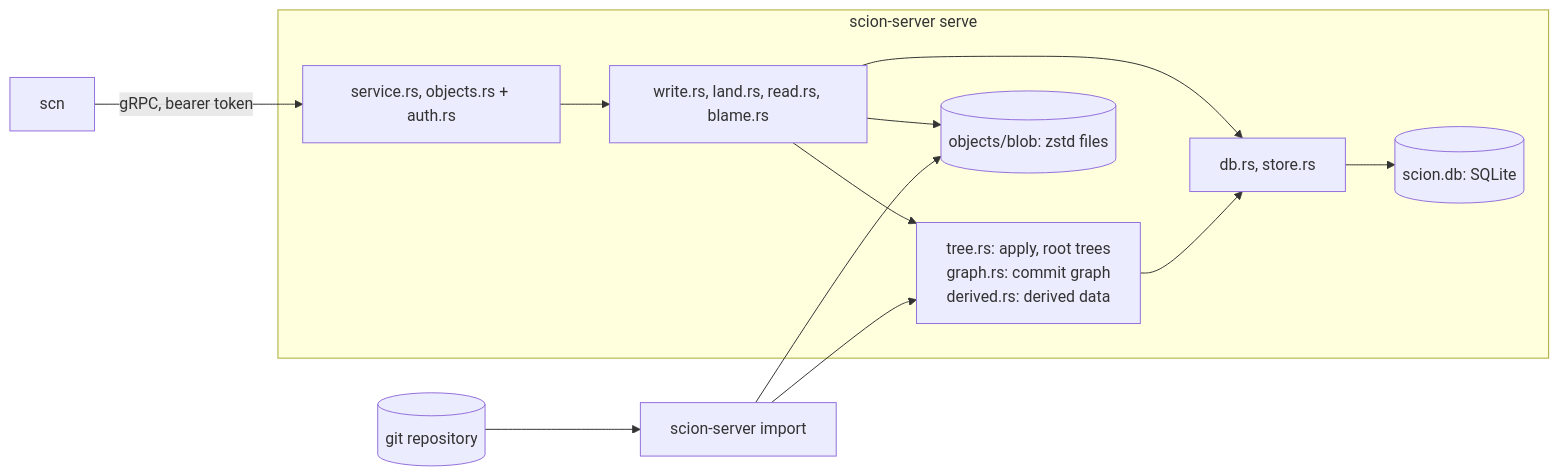
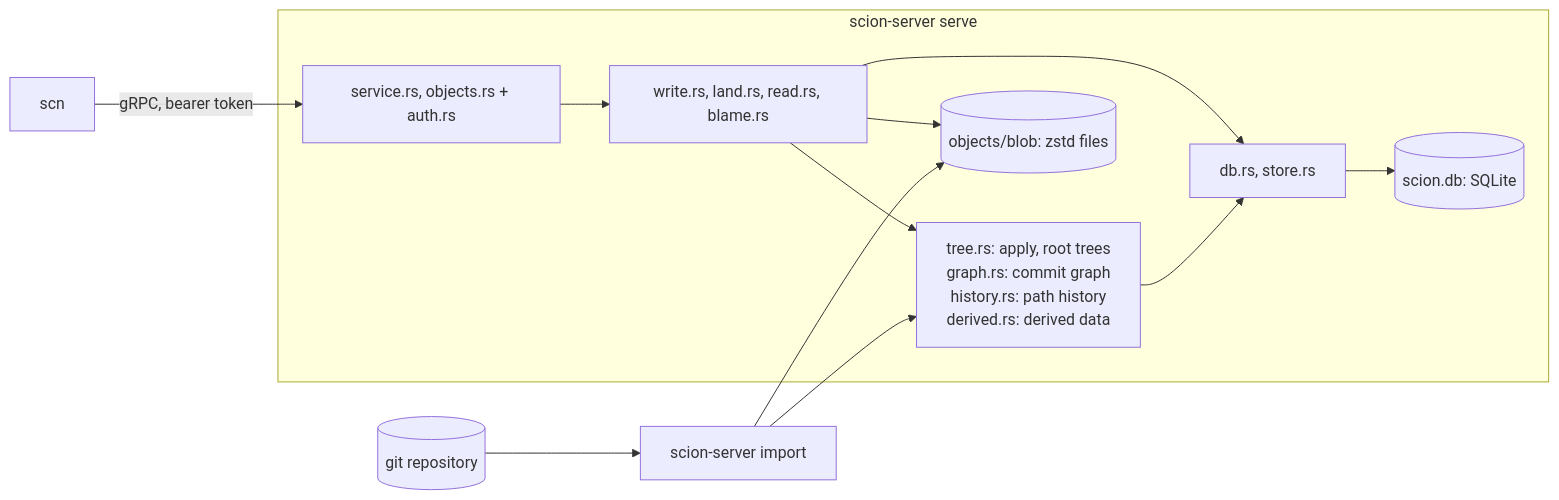
One commit to bnsd55/open-scion changed the first of 4 diagrams in docs/architecture.md. Above: the diagram before and after it, drawn with Mermaid. The commit also changed other lines of this file and 15 other files, not shown here.

First line of the commit message:
Path history as derived data: path logs and old-base lands read it

````diff
--- a/docs/architecture.md
+++ b/docs/architecture.md
@@ -21,15 +21,15 @@
 ```mermaid
 flowchart LR
     scn["scn"] -->|"gRPC, bearer token"| svc
     subgraph serve["scion-server serve"]
         svc["service.rs, objects.rs + auth.rs"] --> ops["write.rs, land.rs, read.rs, blame.rs"]
-        ops --> tree["tree.rs: apply, root trees<br/>graph.rs: commit graph<br/>derived.rs: derived data"]
+        ops --> tree["tree.rs: apply, root trees<br/>graph.rs: commit graph<br/>history.rs: path history<br/>derived.rs: derived data"]
         ops --> db["db.rs, store.rs"]
         tree --> db
         db --> sqlite[("scion.db: SQLite")]
         ops --> blobs[("objects/blob: zstd files")]
     end
     git[("git repository")] --> imp["scion-server import"]
     imp --> tree
     imp --> blobs
 ```
````
